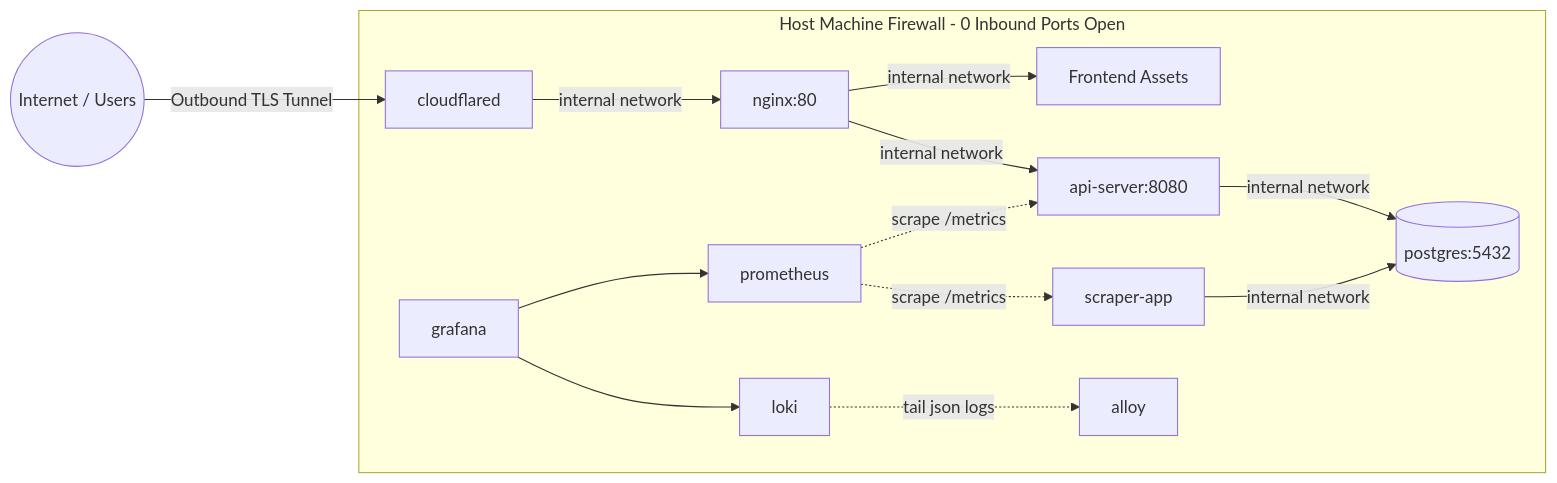
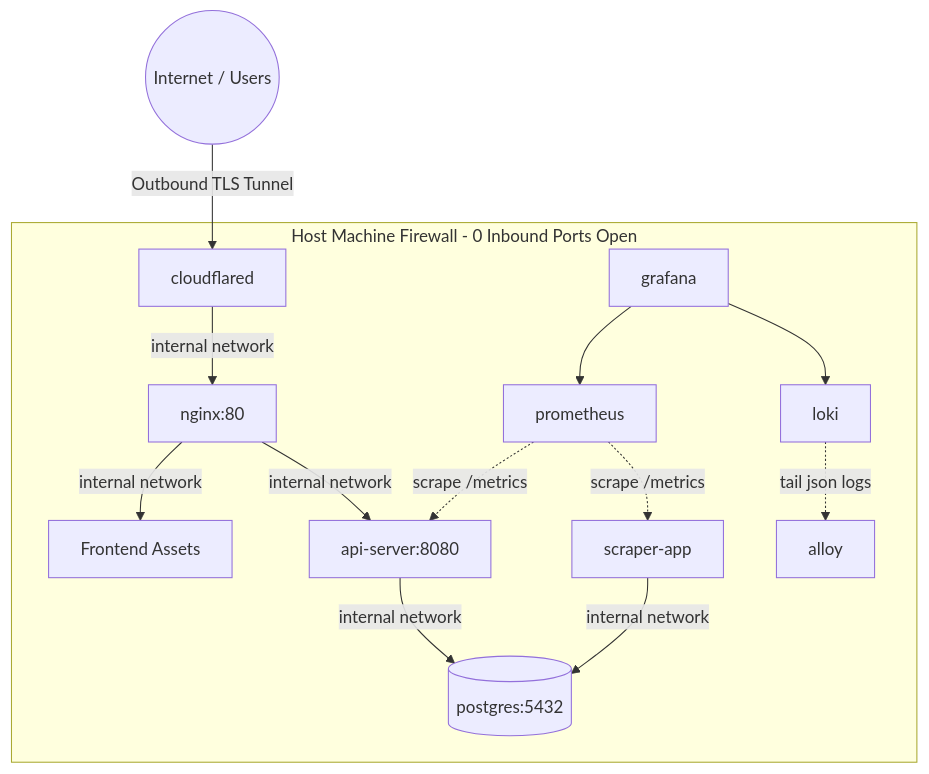
One commit to e75ti/power_outages_ba changed the diagram in README.md. Above: the diagram before and after it, drawn with Mermaid. The commit also changed other lines of this file, not shown here.

````diff
--- a/README.md
+++ b/README.md
@@ -33,16 +33,16 @@
 ```mermaid
-graph LR
+graph TD
     subgraph Host Machine Firewall - 0 Inbound Ports Open
         CF[cloudflared] -->|internal network| Nginx[nginx:80]
         Nginx -->|internal network| UI[Frontend Assets]
         Nginx -->|internal network| API[api-server:8080]
         API -->|internal network| DB[(postgres:5432)]
         Scraper[scraper-app] -->|internal network| DB
         Prom[prometheus] -.->|scrape /metrics| API
         Prom -.->|scrape /metrics| Scraper
         Loki[loki] -.->|tail json logs| Alloy[alloy]
         Grafana[grafana] --> Prom
         Grafana --> Loki
     end
     Internet((Internet / Users)) -->|Outbound TLS Tunnel| CF
 ```
````
